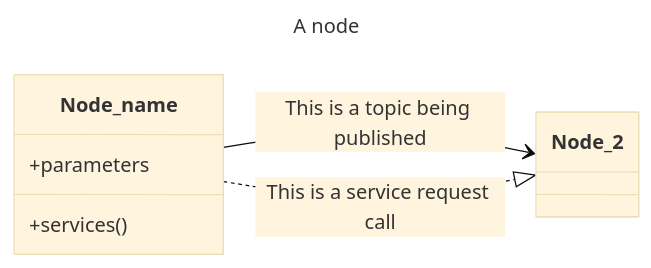
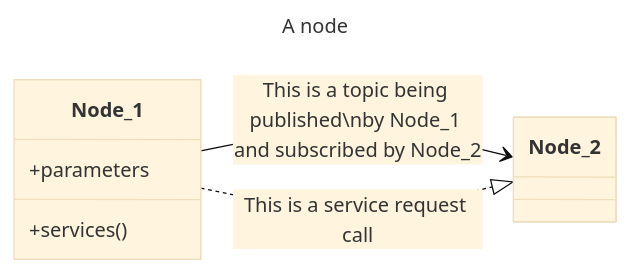
One commit to PYBrulin/axone changed the second of 7 diagrams in README.md. Above: the diagram before and after it, drawn with Mermaid (base theme). The commit also changed other lines of this file and 3 other files, not shown here.

````diff
--- a/README.md
+++ b/README.md
@@ -54,16 +52,16 @@
 ```mermaid
 ---
 title: A node
 ---
 classDiagram
     direction LR
-    class Node_name{
+    class Node_1{
         +parameters
         +services()
     }
     class Node_2{
     }
 
-    Node_name --> Node_2 : This is a topic being published
-    Node_name ..|> Node_2 : This is a service request call
+    Node_1 --> Node_2 : This is a topic being published\nby Node_1 and subscribed by Node_2
+    Node_1 ..|> Node_2 : This is a service request call
 ```
````
